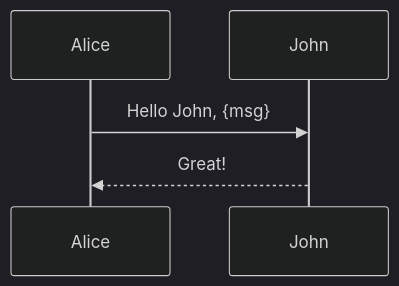
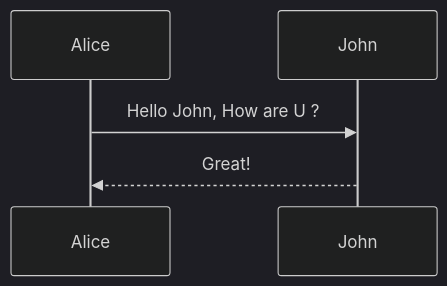
The diagram in Example/first.md (docascod/actions-build), drawn with Mermaid (dark theme) before and after one commit. The commit also changed other lines of this file, not shown here.

````diff
--- a/Example/first.md
+++ b/Example/first.md
@@ -11,5 +7,5 @@
 ```mermaid
 sequenceDiagram
-    Alice->>John: Hello John, {msg}
+    Alice->>John: Hello John, How are U ?
     John-->>Alice: Great!
 ```
````
